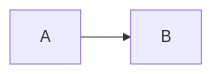
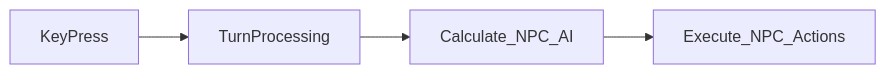
The diagram in docs/sessionnotes/20210109.md (tredfern/terminus), drawn with Mermaid before and after one commit. The commit also changed 6 other files, not shown here.

````diff
--- a/docs/sessionnotes/20210109.md
+++ b/docs/sessionnotes/20210109.md
@@ -21,4 +21,6 @@
 ```mermaid
 graph LR;
-  A-->B
+  KeyPress-->TurnProcessing
+  TurnProcessing-->Calculate_NPC_AI
+  Calculate_NPC_AI-->Execute_NPC_Actions
 ```
````
